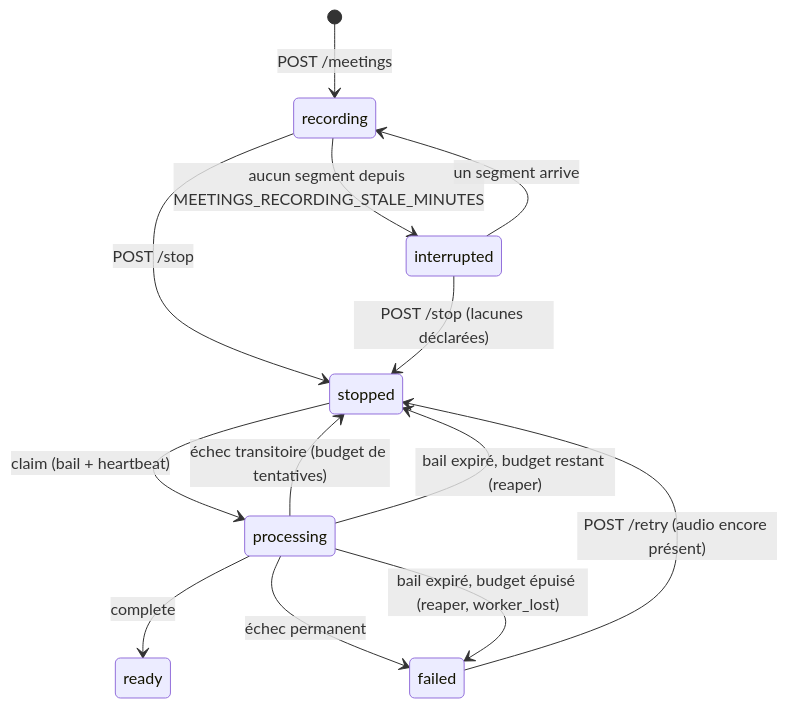
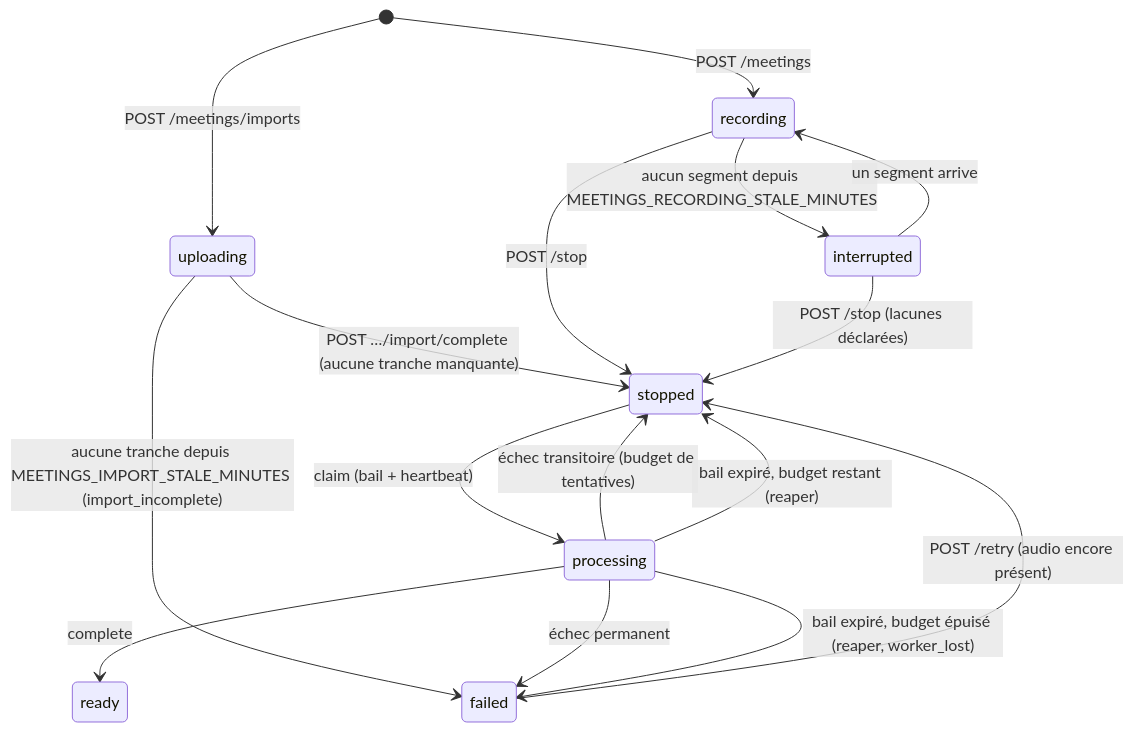
The diagram in docs/technical/MEETINGS.md (jgouviergmail/LIA-Assistant), drawn with Mermaid before and after one commit. The commit also changed other lines of this file and 305 other files, not shown here.

````diff
--- a/docs/technical/MEETINGS.md
+++ b/docs/technical/MEETINGS.md
@@ -58,15 +58,18 @@
 ```mermaid
 stateDiagram-v2
     [*] --> recording : POST /meetings
+    [*] --> uploading : POST /meetings/imports
+    uploading --> stopped : POST …/import/complete (aucune tranche manquante)
+    uploading --> failed : aucune tranche depuis MEETINGS_IMPORT_STALE_MINUTES (import_incomplete)
     recording --> interrupted : aucun segment depuis MEETINGS_RECORDING_STALE_MINUTES
     interrupted --> recording : un segment arrive
     recording --> stopped : POST /stop
     interrupted --> stopped : POST /stop (lacunes déclarées)
     stopped --> processing : claim (bail + heartbeat)
     processing --> ready : complete
     processing --> stopped : échec transitoire (budget de tentatives)
     processing --> stopped : bail expiré, budget restant (reaper)
     processing --> failed : échec permanent
     processing --> failed : bail expiré, budget épuisé (reaper, worker_lost)
     failed --> stopped : POST /retry (audio encore présent)
 ```
````
